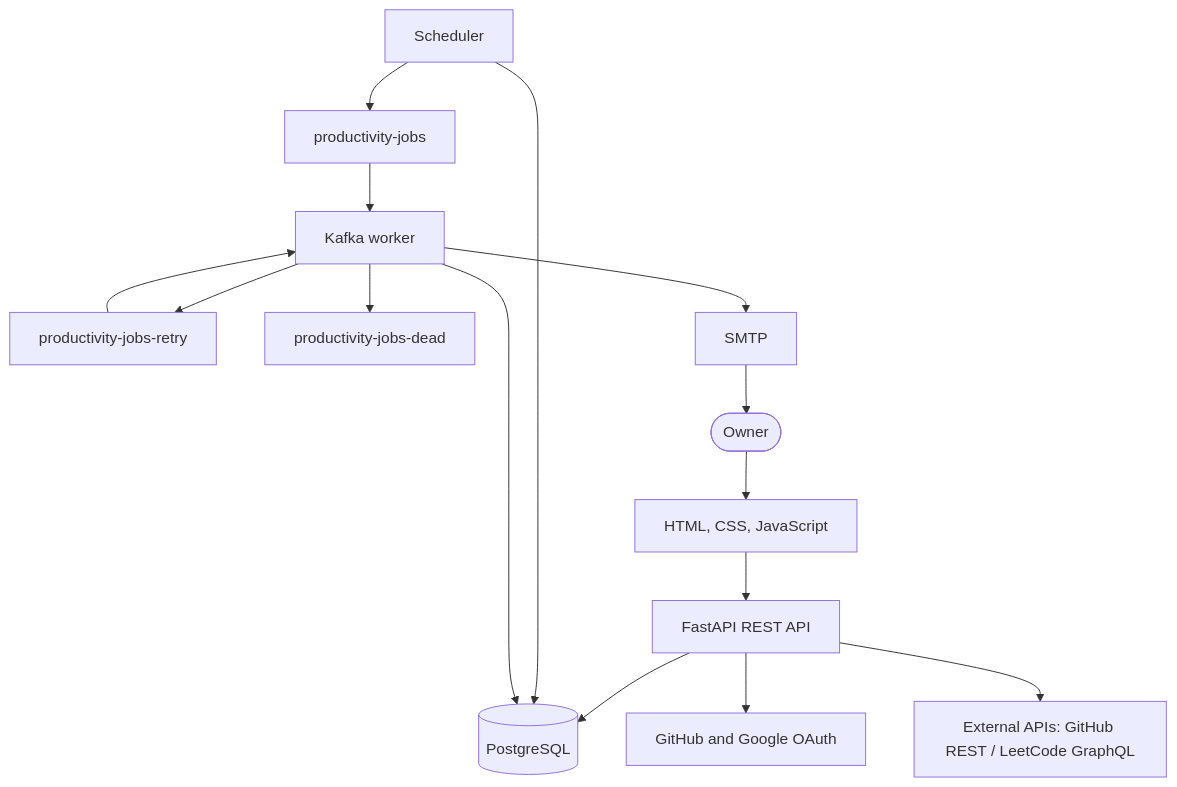
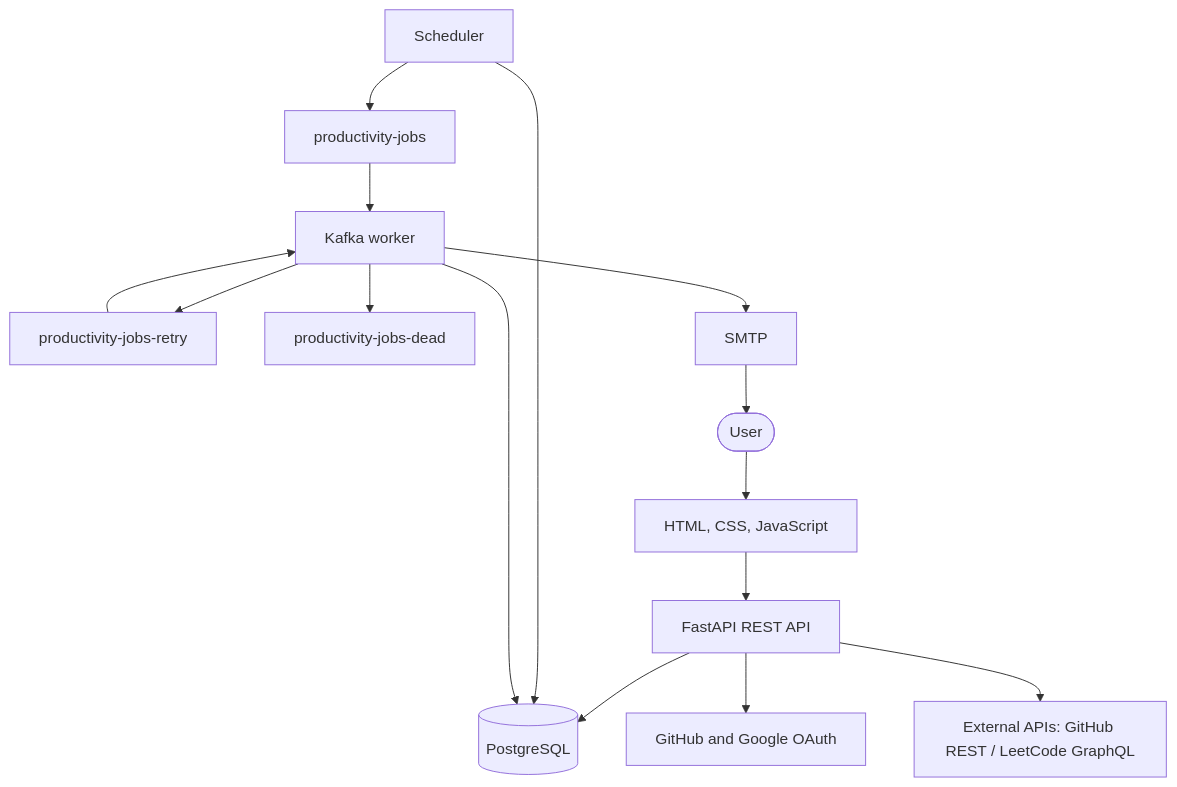
One commit to rajeev8008/Pace changed the first of 2 diagrams in ARCHITECTURE.md. Above: the diagram before and after it, drawn with Mermaid. The commit also changed other lines of this file and 12 other files, not shown here.

````diff
--- a/ARCHITECTURE.md
+++ b/ARCHITECTURE.md
@@ -7,18 +7,18 @@
 ```mermaid
 flowchart TB
-    User([Owner]) --> UI[HTML, CSS, JavaScript]
+    User([User]) --> UI[HTML, CSS, JavaScript]
     UI --> API[FastAPI REST API]
     API --> DB[(PostgreSQL)]
     API --> OAuth[GitHub and Google OAuth]
     API --> External[External APIs: GitHub REST / LeetCode GraphQL]
 
     Scheduler --> DB
     Scheduler --> MainTopic[productivity-jobs]
     MainTopic --> Worker[Kafka worker]
     RetryTopic[productivity-jobs-retry] --> Worker
     Worker --> DB
     Worker --> RetryTopic
     Worker --> DeadTopic[productivity-jobs-dead]
     Worker --> Email[SMTP]
     Email --> User
 ```
````
